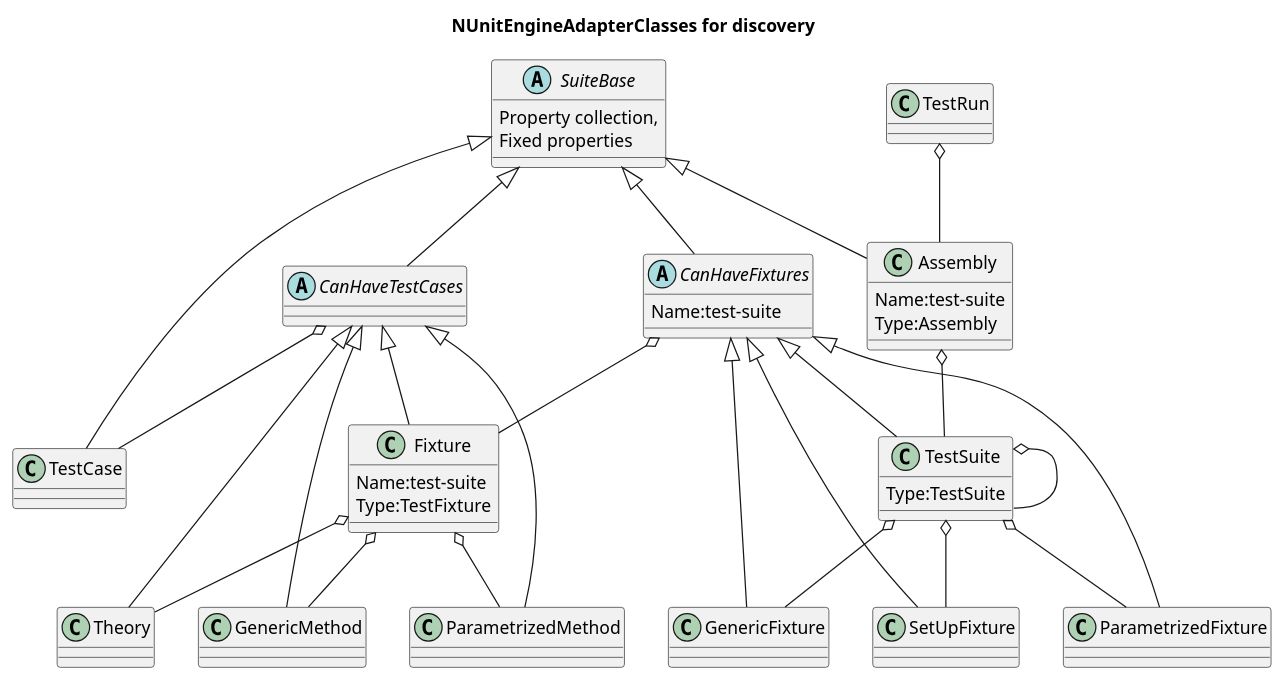
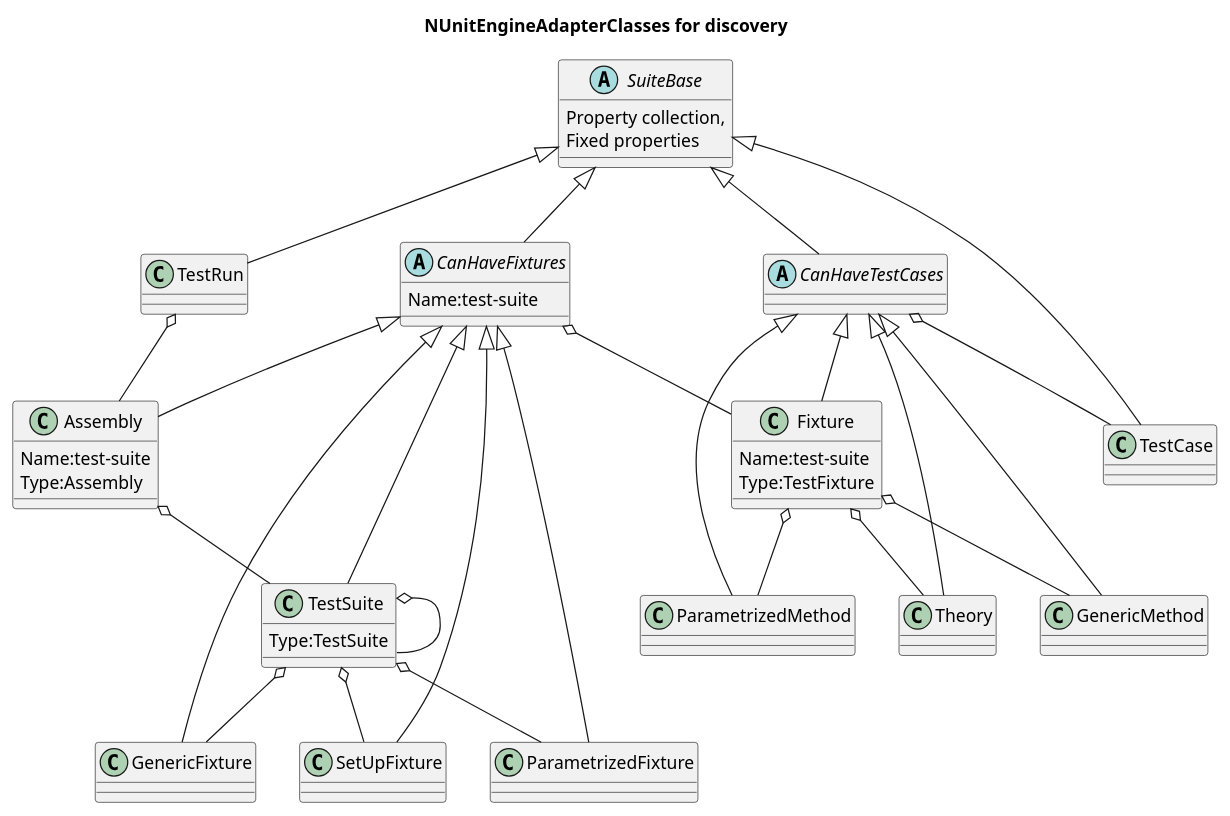
One commit to nunit/nunit3-vs-adapter changed the diagram in src/NUnitTestAdapter/NUnitEngine/EngineAdapterClasses.plantuml. Above: the diagram before and after it, drawn with PlantUML. The commit also changed 5 other files, not shown here.

```diff
--- a/src/NUnitTestAdapter/NUnitEngine/EngineAdapterClasses.plantuml
+++ b/src/NUnitTestAdapter/NUnitEngine/EngineAdapterClasses.plantuml
@@ -1,58 +1,59 @@
 @startuml
 title NUnitEngineAdapterClasses for discovery
    CanHaveFixtures <|-- TestSuite
    SuiteBase <|-- CanHaveTestCases
    SuiteBase <|-- CanHaveFixtures
+   SuiteBase <|-- TestRun
    CanHaveTestCases <|-- Fixture
    SuiteBase <|-- TestCase
    CanHaveTestCases <|-- ParametrizedMethod
    CanHaveFixtures <|-- GenericFixture
    CanHaveFixtures <|-- SetUpFixture
    CanHaveTestCases <|-- Theory
    TestSuite o-- GenericFixture
    TestSuite o-- TestSuite
    Fixture o-- ParametrizedMethod
    CanHaveTestCases o-- TestCase
    CanHaveFixtures o-- Fixture
    CanHaveFixtures <|-- ParametrizedFixture
+   CanHaveFixtures <|-- Assembly
    TestSuite o-- ParametrizedFixture
    TestSuite o-- SetUpFixture
-   SuiteBase <|-- Assembly
    Assembly o-- TestSuite
    Fixture o-- Theory
    Fixture o-- GenericMethod
    CanHaveTestCases <|-- GenericMethod
    TestRun o-- Assembly
    
 abstract class SuiteBase {
    Property collection,
    Fixed properties
 }
 
 abstract class CanHaveTestCases {
    
 
 }
 
 abstract class CanHaveFixtures {
    Name:test-suite
 }
 
 class Assembly
 {
    Name:test-suite
    Type:Assembly
 }
 
 class TestSuite{
    Type:TestSuite
 }
 
 class Fixture{
    Name:test-suite
    Type:TestFixture
 }
 
 
    
 @enduml
```
